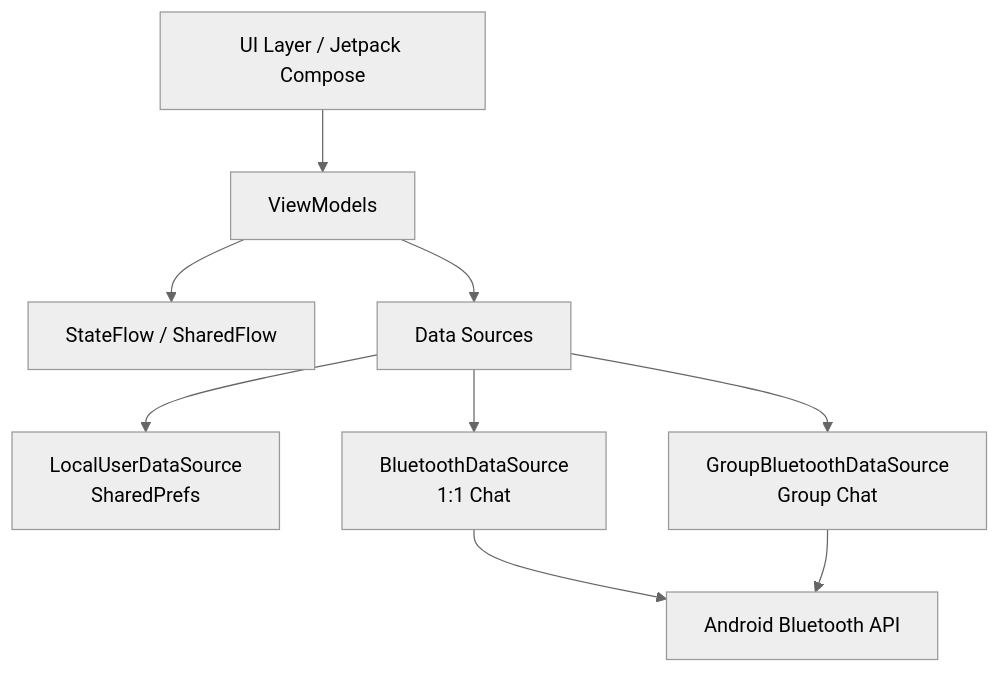
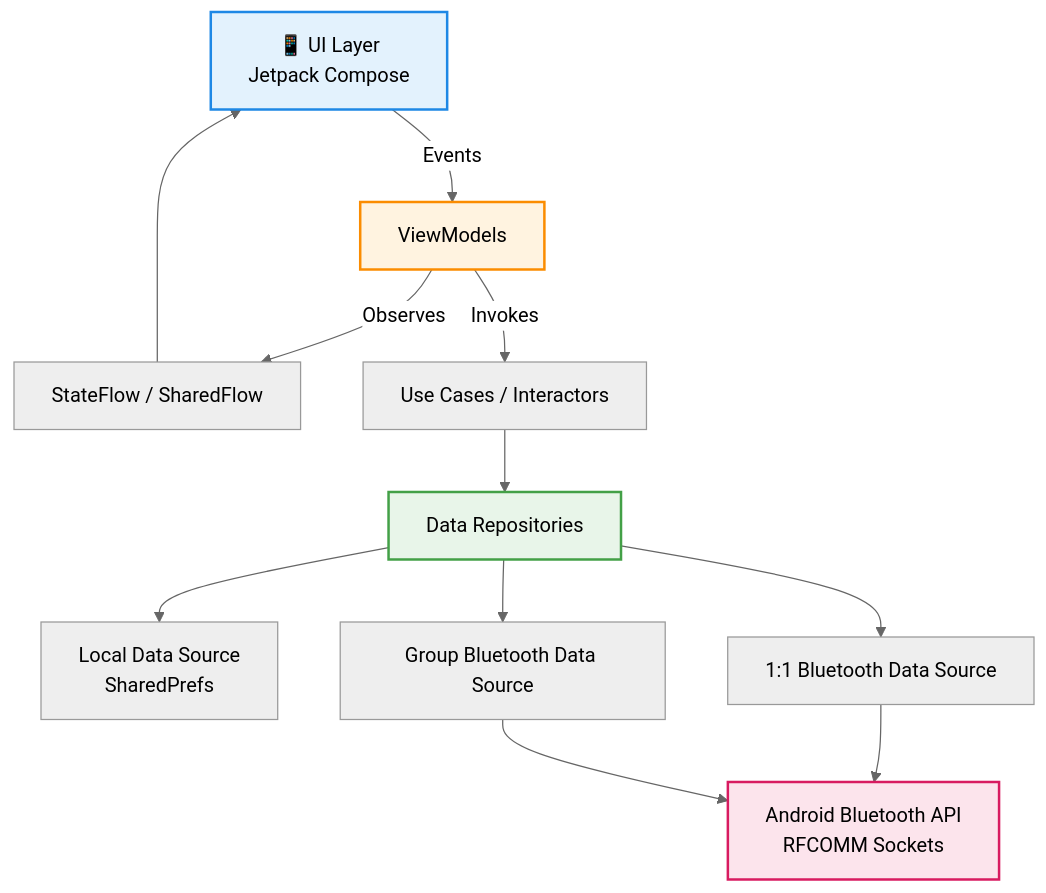
One commit to amEya911/NearChat changed the first of 4 diagrams in README.md. Above: the diagram before and after it, drawn with Mermaid (neutral theme). The commit also changed other lines of this file, not shown here.

````diff
--- a/README.md
+++ b/README.md
@@ -60,11 +54,21 @@
 ```mermaid
 graph TD
-    UI[UI Layer / Jetpack Compose] --> VM[ViewModels]
-    VM --> State[StateFlow / SharedFlow]
-    VM --> Repo[Data Sources]
-    Repo --> Local[LocalUserDataSource<br/>SharedPrefs]
-    Repo --> BT1[BluetoothDataSource<br/>1:1 Chat]
-    Repo --> BT2[GroupBluetoothDataSource<br/>Group Chat]
-    BT1 --> AndroidBT[Android Bluetooth API]
+    UI[📱 UI Layer<br/>Jetpack Compose] -->|Events| VM[ViewModels]
+    VM -->|Observes| State[StateFlow / SharedFlow]
+    State --> UI
+    
+    VM -->|Invokes| UC[Use Cases / Interactors]
+    UC -->Repo[Data Repositories]
+    
+    Repo --> Local[Local Data Source<br/>SharedPrefs]
+    Repo --> BT1[1:1 Bluetooth Data Source]
+    Repo --> BT2[Group Bluetooth Data Source]
+    
+    BT1 --> AndroidBT[Android Bluetooth API<br/>RFCOMM Sockets]
     BT2 --> AndroidBT
+    
+    style UI fill:#e3f2fd,stroke:#1e88e5,stroke-width:2px,color:#000
+    style VM fill:#fff3e0,stroke:#fb8c00,stroke-width:2px,color:#000
+    style Repo fill:#e8f5e9,stroke:#43a047,stroke-width:2px,color:#000
+    style AndroidBT fill:#fce4ec,stroke:#d81b60,stroke-width:2px,color:#000
 ```
````
